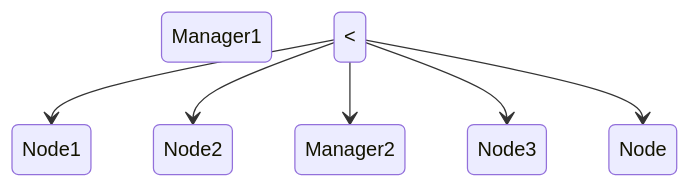
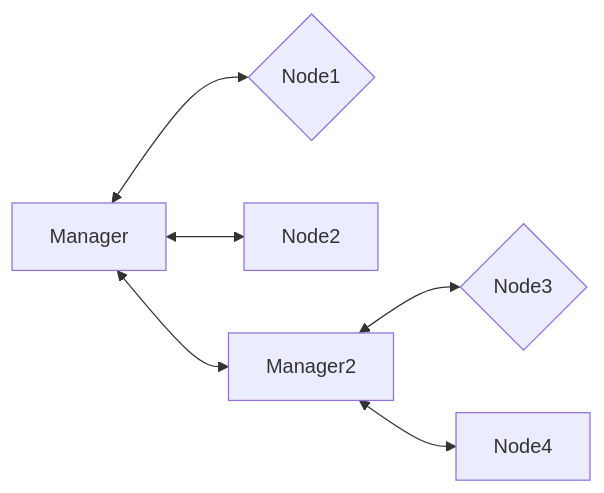
The second of 2 diagrams in docs/container/docker/swarm.md (cowadar/wiki), drawn with Mermaid before and after one commit. The commit also changed other lines of this file, not shown here.

Commit message:
docker swarm overlay network toegevoegd

````diff
--- a/docs/container/docker/swarm.md
+++ b/docs/container/docker/swarm.md
@@ -25,9 +23,9 @@
 ``` mermaid
-stateDiagram-v2
-  state fork_state <<manager>>
-    Manager1 <--> Node1
-    Manager1 <--> Node2
-    Manager1 <--> Manager2
-    Manager2 <--> Node3
-    Manager2 <--> Node
+graph LR
+  A[Manager] <--> B{Node1};
+  A[Manager] <--> C[Node2];
+  A[Manager] <--> D[Manager2];
+  D[Manager2] <--> E{Node3};
+  D[Manager2] <--> F[Node4];
+
 ```
````
